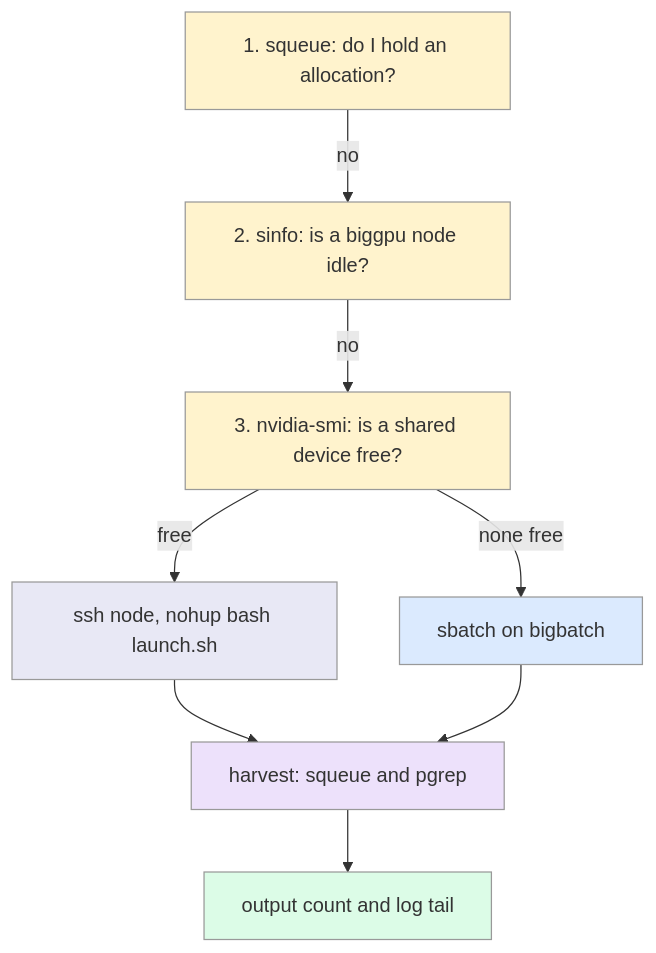
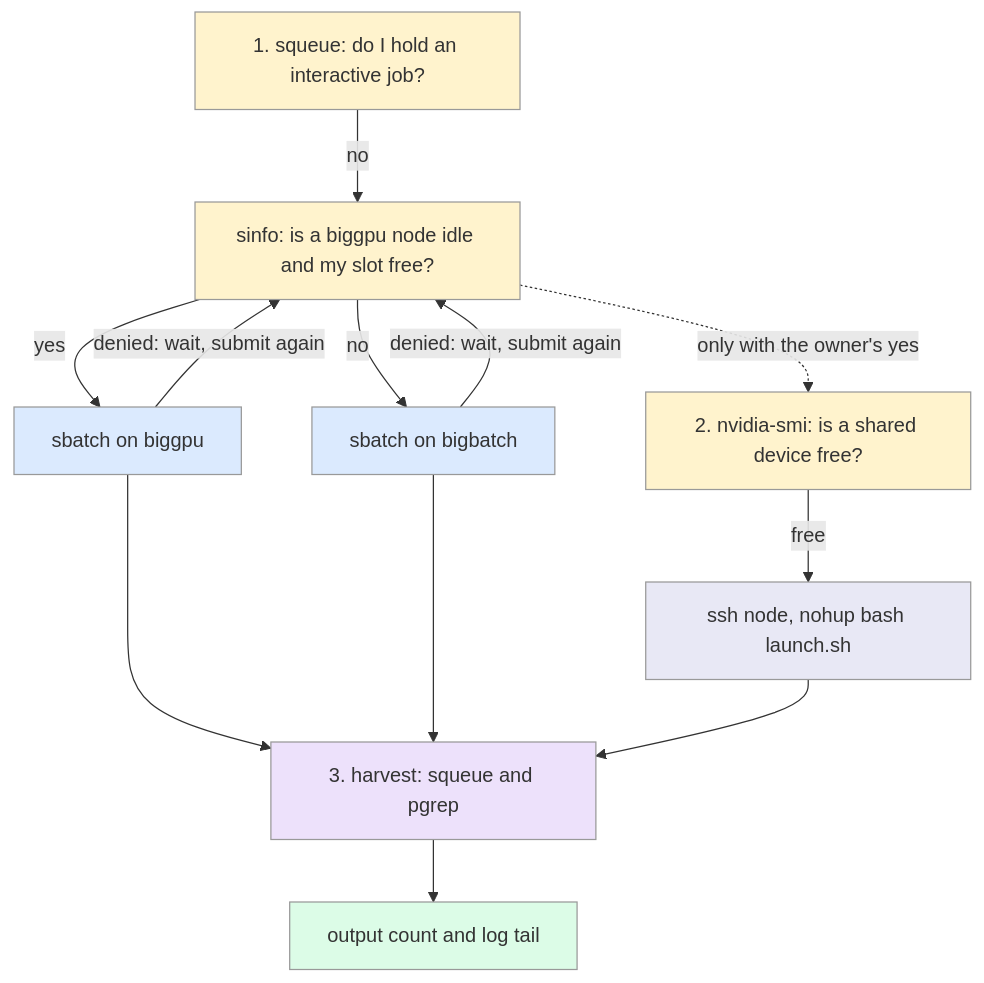
One commit to mo-rsa24/concept-composition changed the diagram in runbook/running-things-on-the-cluster/launching-and-harvesting-a-run.md. Above: the diagram before and after it, drawn with Mermaid. The commit also changed other lines of this file and 6 other files, not shown here.

Commit message:
Launch rule: GPU work goes through sbatch, waits when denied, and an SSH launch needs the owner's yes

````diff
--- a/runbook/running-things-on-the-cluster/launching-and-harvesting-a-run.md
+++ b/runbook/running-things-on-the-cluster/launching-and-harvesting-a-run.md
@@ -105,15 +108,19 @@
 ```mermaid
 flowchart TD
-  A["1. squeue: do I hold an allocation?"]:::guard -->|"no"| B["2. sinfo: is a biggpu node idle?"]:::guard
-  B -->|"no"| C["3. nvidia-smi: is a shared device free?"]:::guard
+  A["1. squeue: do I hold an interactive job?"]:::guard -->|"no"| B["sinfo: is a biggpu node idle and my slot free?"]:::guard
+  B -->|"yes"| F["sbatch on biggpu"]:::load
+  B -->|"no"| H["sbatch on bigbatch"]:::load
+  F -->|"denied: wait, submit again"| B
+  H -->|"denied: wait, submit again"| B
+  B -.->|"only with the owner's yes"| C["2. nvidia-smi: is a shared device free?"]:::guard
   C -->|"free"| D["ssh node, nohup bash launch.sh"]:::work
-  C -->|"none free"| F["sbatch on bigbatch"]:::load
-  D --> E["harvest: squeue and pgrep"]:::judge
-  F --> E
+  F --> E["3. harvest: squeue and pgrep"]:::judge
+  H --> E
+  D --> E
   E --> G["output count and log tail"]:::out
 classDef guard fill:#fff3cd,stroke:#999;
 classDef load fill:#dbeafe,stroke:#999;
 classDef work fill:#e8e8f5,stroke:#999;
 classDef judge fill:#ede1fb,stroke:#999;
 classDef out fill:#dcfce7,stroke:#999;
 ```
````
